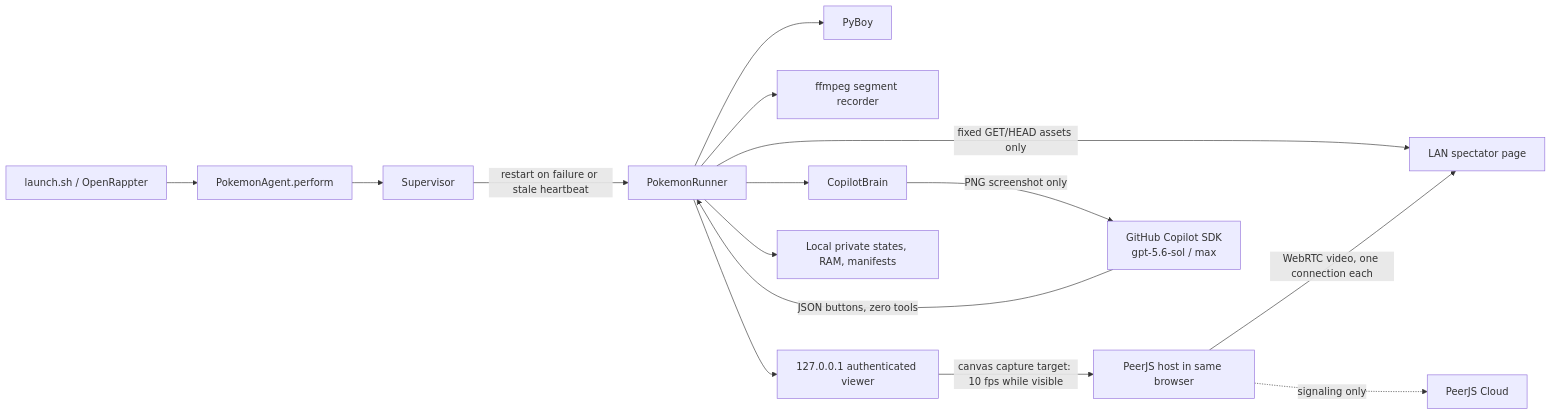
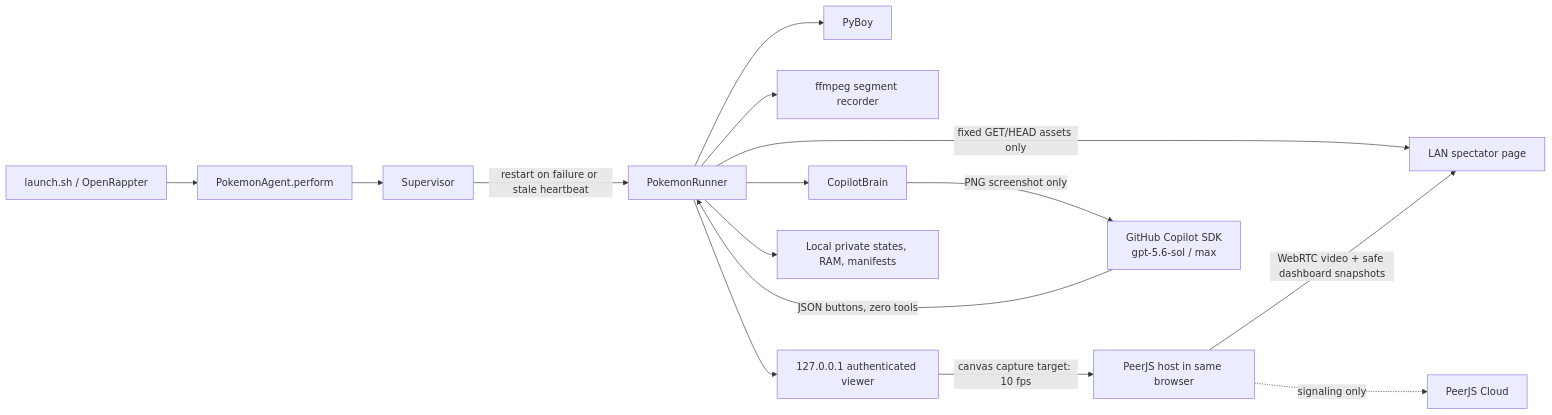
Before and after one commit to kody-w/rappter-plays-pokemon: the diagram in README.md, drawn with Mermaid. The commit also changed other lines of this file and 13 other files, not shown here.

````diff
--- a/README.md
+++ b/README.md
@@ -229,17 +247,17 @@
 ```mermaid
 flowchart LR
     U[launch.sh / OpenRappter] --> A[PokemonAgent.perform]
     A --> S[Supervisor]
     S -->|restart on failure or stale heartbeat| R[PokemonRunner]
     R --> P[PyBoy]
     R --> F[ffmpeg segment recorder]
     R --> V[127.0.0.1 authenticated viewer]
-    V -->|canvas capture target: 10 fps while visible| H[PeerJS host in same browser]
+    V -->|canvas capture target: 10 fps| H[PeerJS host in same browser]
     R -->|fixed GET/HEAD assets only| W[LAN spectator page]
-    H -->|WebRTC video, one connection each| W
+    H -->|WebRTC video + safe dashboard snapshots| W
     H -.->|signaling only| PJS[PeerJS Cloud]
     R --> B[CopilotBrain]
     B -->|PNG screenshot only| C[GitHub Copilot SDK<br/>gpt-5.6-sol / max]
     C -->|JSON buttons, zero tools| R
     R --> L[Local private states, RAM, manifests]
 ```
````
